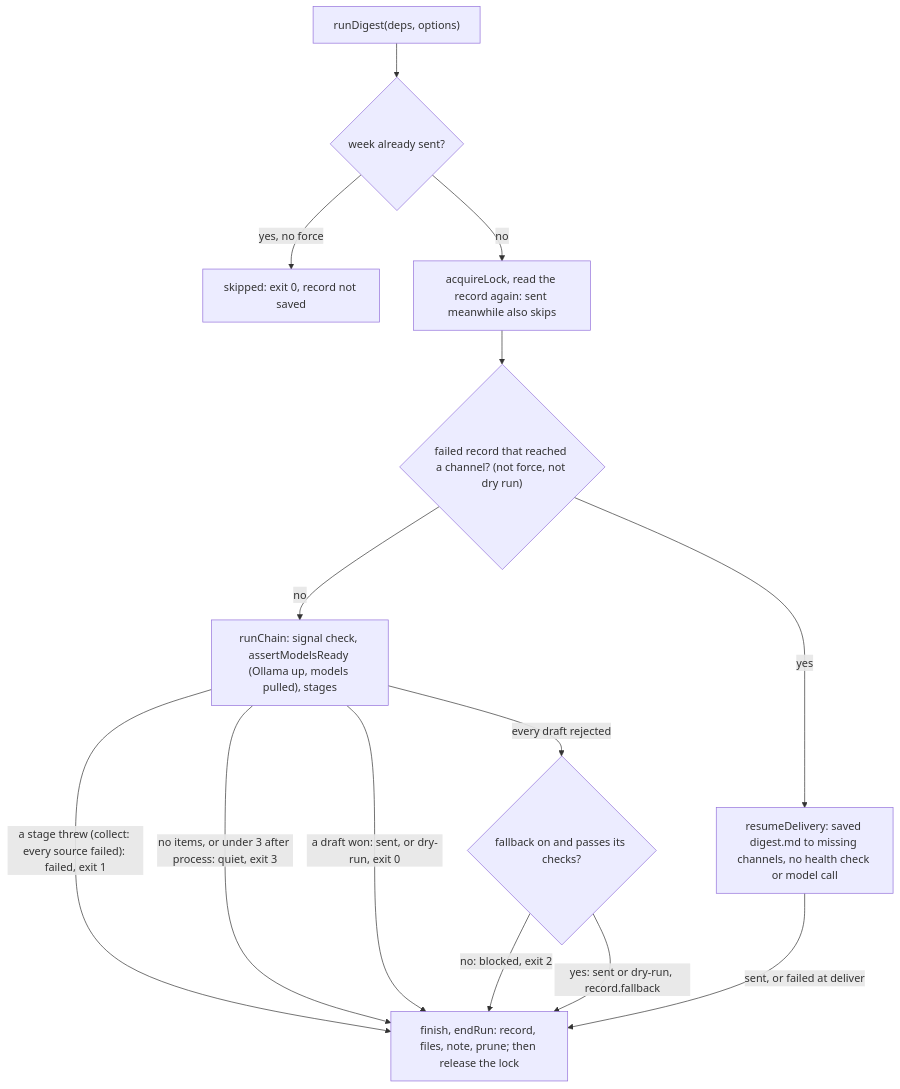
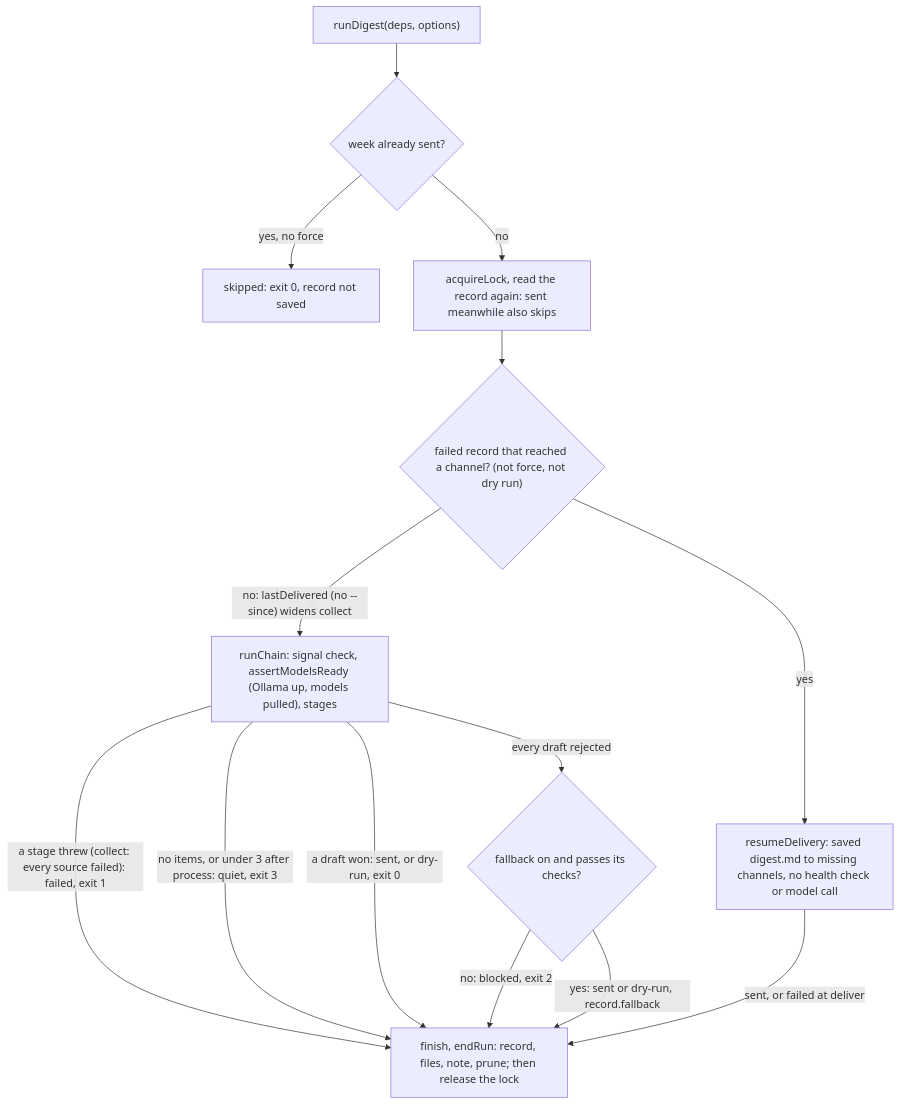
One commit to odere-pro/weekly-engineering-digest-agent changed the second of 2 diagrams in src/digest/CLAUDE.md. Above: the diagram before and after it, drawn with Mermaid. The commit also changed other lines of this file and 78 other files, not shown here.

````diff
--- a/src/digest/CLAUDE.md
+++ b/src/digest/CLAUDE.md
@@ -25,17 +25,17 @@
 ```mermaid
 flowchart TD
   start["runDigest(deps, options)"] --> seen{"week already sent?"}
   seen -->|"yes, no force"| skipped["skipped: exit 0, record not saved"]
   seen -->|no| lock["acquireLock, read the record again: sent meanwhile also skips"]
   lock --> part{"failed record that reached a channel? (not force, not dry run)"}
   part -->|yes| resume["resumeDelivery: saved digest.md to missing channels, no health check or model call"]
-  part -->|no| chain["runChain: signal check, assertModelsReady (Ollama up, models pulled), stages"]
+  part -->|"no: lastDelivered (no --since) widens collect"| chain["runChain: signal check, assertModelsReady (Ollama up, models pulled), stages"]
   chain -->|"a stage threw (collect: every source failed): failed, exit 1"| endRun
   chain -->|"no items, or under 3 after process: quiet, exit 3"| endRun
   chain -->|"a draft won: sent, or dry-run, exit 0"| endRun
   chain -->|"every draft rejected"| fb{"fallback on and passes its checks?"}
   fb -->|"no: blocked, exit 2"| endRun
   fb -->|"yes: sent or dry-run, record.fallback"| endRun
   resume -->|"sent, or failed at deliver"| endRun
   endRun["finish, endRun: record, files, note, prune; then release the lock"]
 ```
````
